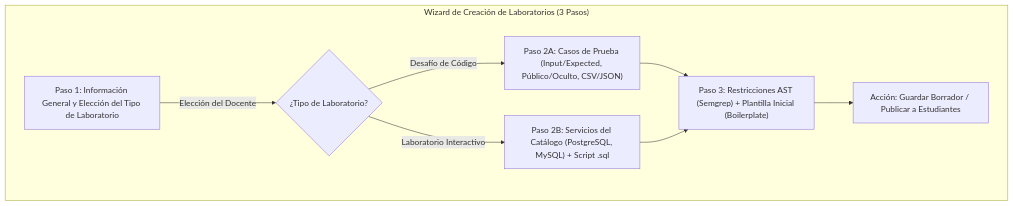
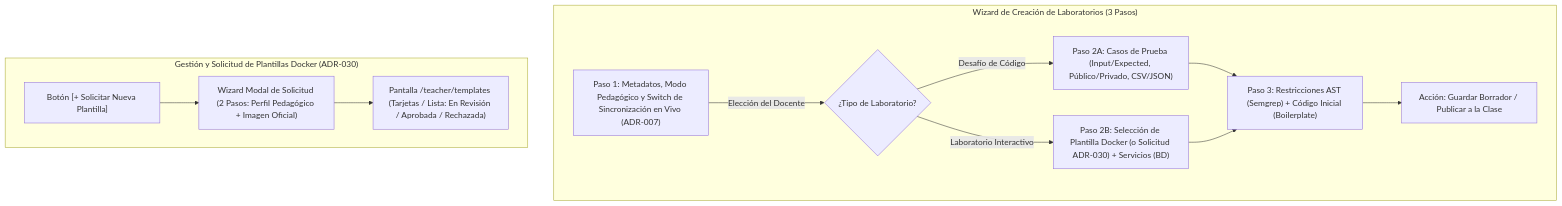
The diagram in docs/UI/DOCENTE/CREAR_LAB.md (AlvaroRiveraCarhuani/SOLV_PG), drawn with Mermaid before and after one commit. The commit also changed other lines of this file and 23 other files, not shown here.

````diff
--- a/docs/UI/DOCENTE/CREAR_LAB.md
+++ b/docs/UI/DOCENTE/CREAR_LAB.md
@@ -11,16 +11,25 @@
 ```mermaid
 graph TD
     subgraph WizardDocente ["Wizard de Creación de Laboratorios (3 Pasos)"]
-        Paso1["Paso 1: Información General y Elección del Tipo de Laboratorio"]
+        Paso1["Paso 1: Metadatos, Modo Pedagógico y Switch de Sincronización en Vivo (ADR-007)"]
         
         Paso1 -->|Elección del Docente| DecisionTipo{"¿Tipo de Laboratorio?"}
         
-        DecisionTipo -->|Desafío de Código| Paso2Juez["Paso 2A: Casos de Prueba (Input/Expected, Público/Oculto, CSV/JSON)"]
-        DecisionTipo -->|Laboratorio Interactivo| Paso2IDE["Paso 2B: Servicios del Catálogo (PostgreSQL, MySQL) + Script .sql"]
+        DecisionTipo -->|Desafío de Código| Paso2Juez["Paso 2A: Casos de Prueba (Input/Expected, Público/Privado, CSV/JSON)"]
+        DecisionTipo -->|Laboratorio Interactivo| Paso2IDE["Paso 2B: Selección de Plantilla Docker (o Solicitud ADR-030) + Servicios (BD)"]
         
-        Paso2Juez --> Paso3["Paso 3: Restricciones AST (Semgrep) + Plantilla Inicial (Boilerplate)"]
+        Paso2Juez --> Paso3["Paso 3: Restricciones AST (Semgrep) + Código Inicial (Boilerplate)"]
         Paso2IDE --> Paso3
         
-        Paso3 --> Guardar["Acción: Guardar Borrador / Publicar a Estudiantes"]
+        Paso3 --> Guardar["Acción: Guardar Borrador / Publicar a la Clase"]
+    end
+
+    subgraph FlujoPlantillas ["Gestión y Solicitud de Plantillas Docker (ADR-030)"]
+        BotonSolicitar["Botón [+ Solicitar Nueva Plantilla]"]
+        ModalSolicitud["Wizard Modal de Solicitud (2 Pasos: Perfil Pedagógico + Imagen Oficial)"]
+        VistaSeguimiento["Pantalla /teacher/templates (Tarjetas / Lista: En Revisión / Aprobada / Rechazada)"]
+        
+        BotonSolicitar --> ModalSolicitud
+        ModalSolicitud --> VistaSeguimiento
     end
 ```
````
